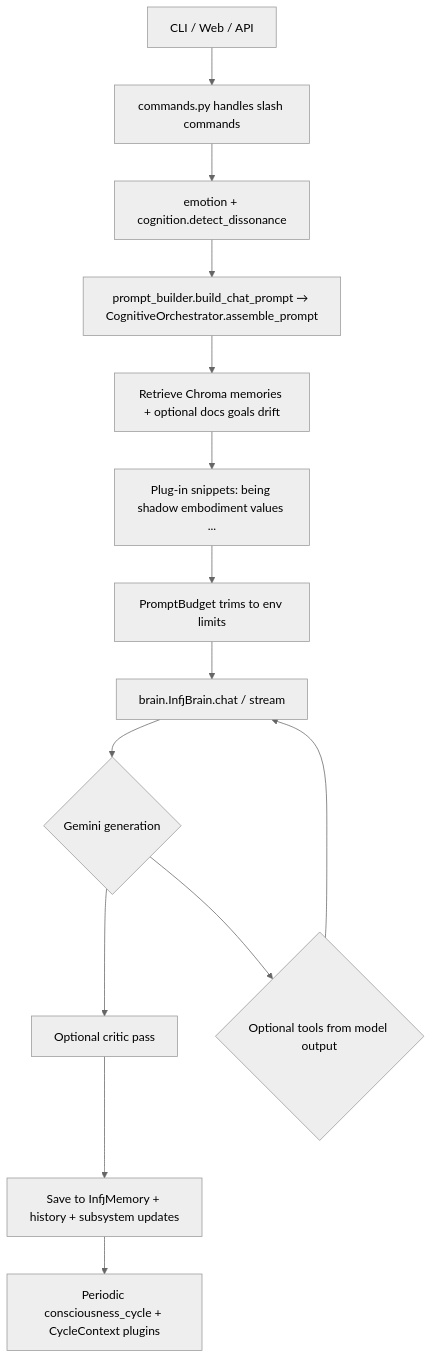
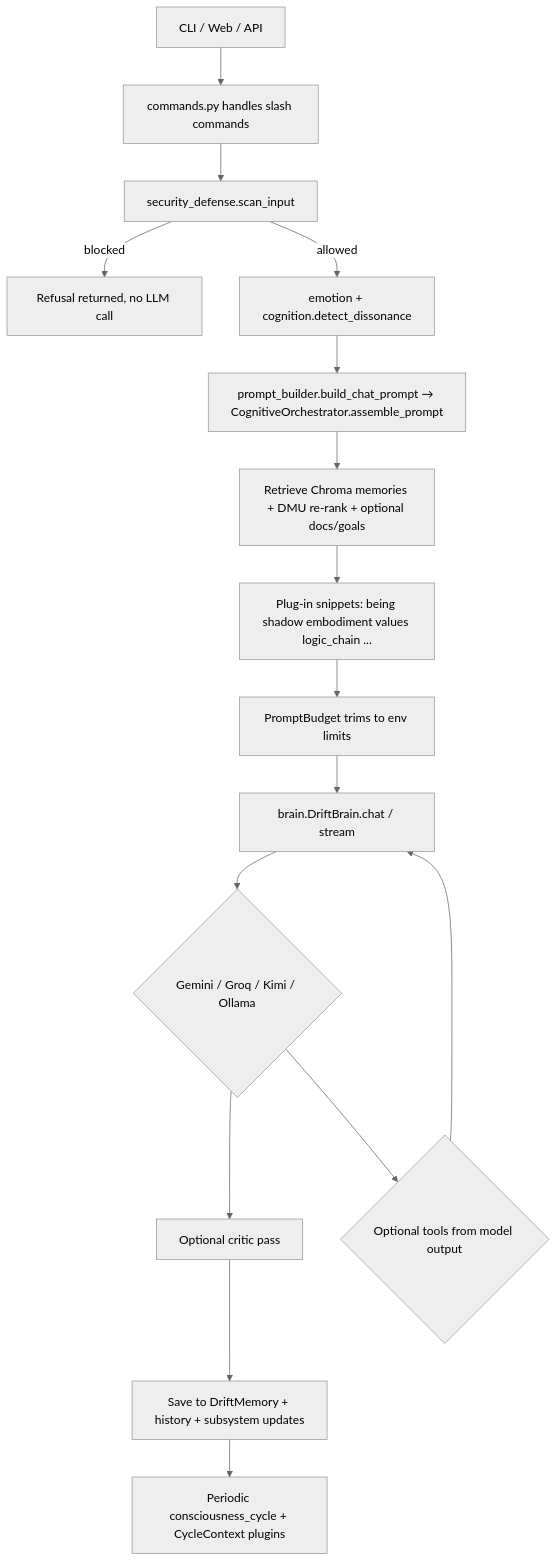
The diagram in docs/HOW_INFJ_BOT_WORKS.md (timeless-hayoka/infj-bot), drawn with Mermaid (neutral theme) before and after one commit. The commit also changed other lines of this file and 5 other files, not shown here.

````diff
--- a/docs/HOW_INFJ_BOT_WORKS.md
+++ b/docs/HOW_INFJ_BOT_WORKS.md
@@ -21,16 +21,18 @@
 ```mermaid
 flowchart TD
     A[CLI / Web / API] --> B[commands.py handles slash commands]
-    B --> C[emotion + cognition.detect_dissonance]
+    B --> S[security_defense.scan_input]
+    S -->|blocked| R[Refusal returned, no LLM call]
+    S -->|allowed| C[emotion + cognition.detect_dissonance]
     C --> D[prompt_builder.build_chat_prompt → CognitiveOrchestrator.assemble_prompt]
-    D --> E[Retrieve Chroma memories + optional docs goals drift]
-    E --> F[Plug-in snippets: being shadow embodiment values ...]
+    D --> E[Retrieve Chroma memories + DMU re-rank + optional docs/goals]
+    E --> F[Plug-in snippets: being shadow embodiment values logic_chain ...]
     F --> G[PromptBudget trims to env limits]
-    G --> H[brain.InfjBrain.chat / stream]
-    H --> I{Gemini generation}
+    G --> H[brain.DriftBrain.chat / stream]
+    H --> I{Gemini / Groq / Kimi / Ollama}
     I --> J[Optional critic pass]
     I --> K{Optional tools from model output}
     K --> H
-    J --> L[Save to InfjMemory + history + subsystem updates]
+    J --> L[Save to DriftMemory + history + subsystem updates]
     L --> M[Periodic consciousness_cycle + CycleContext plugins]
 ```
````
